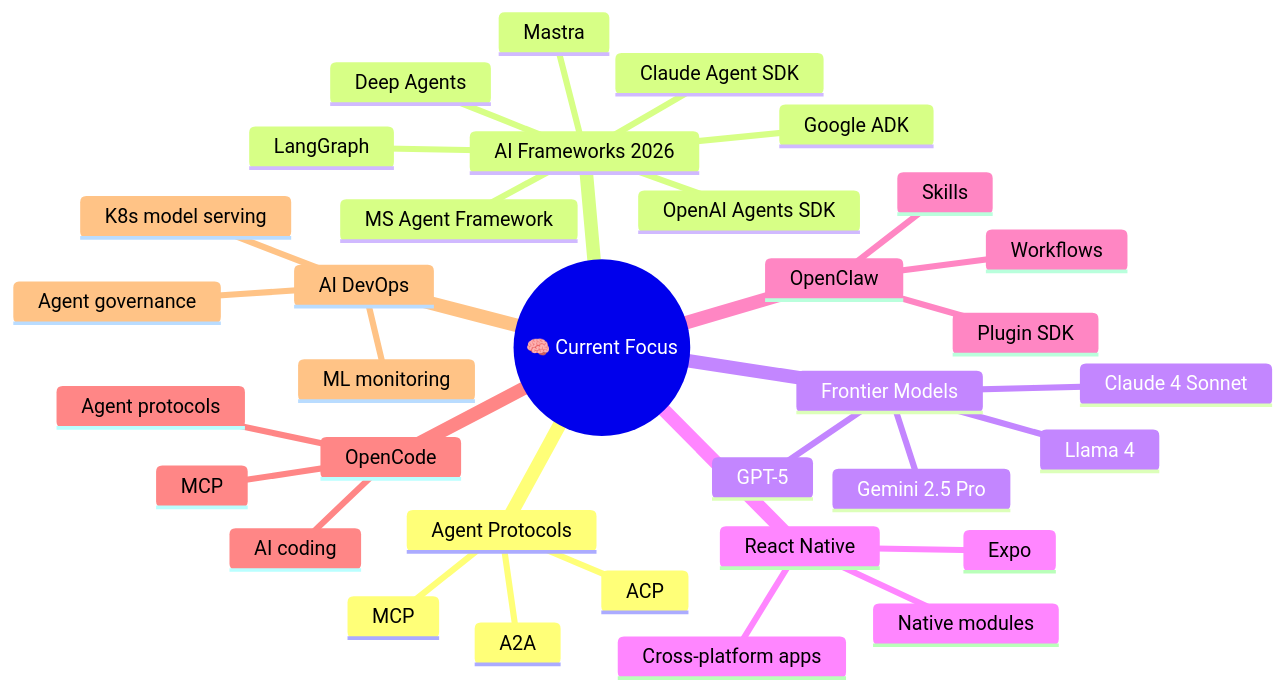
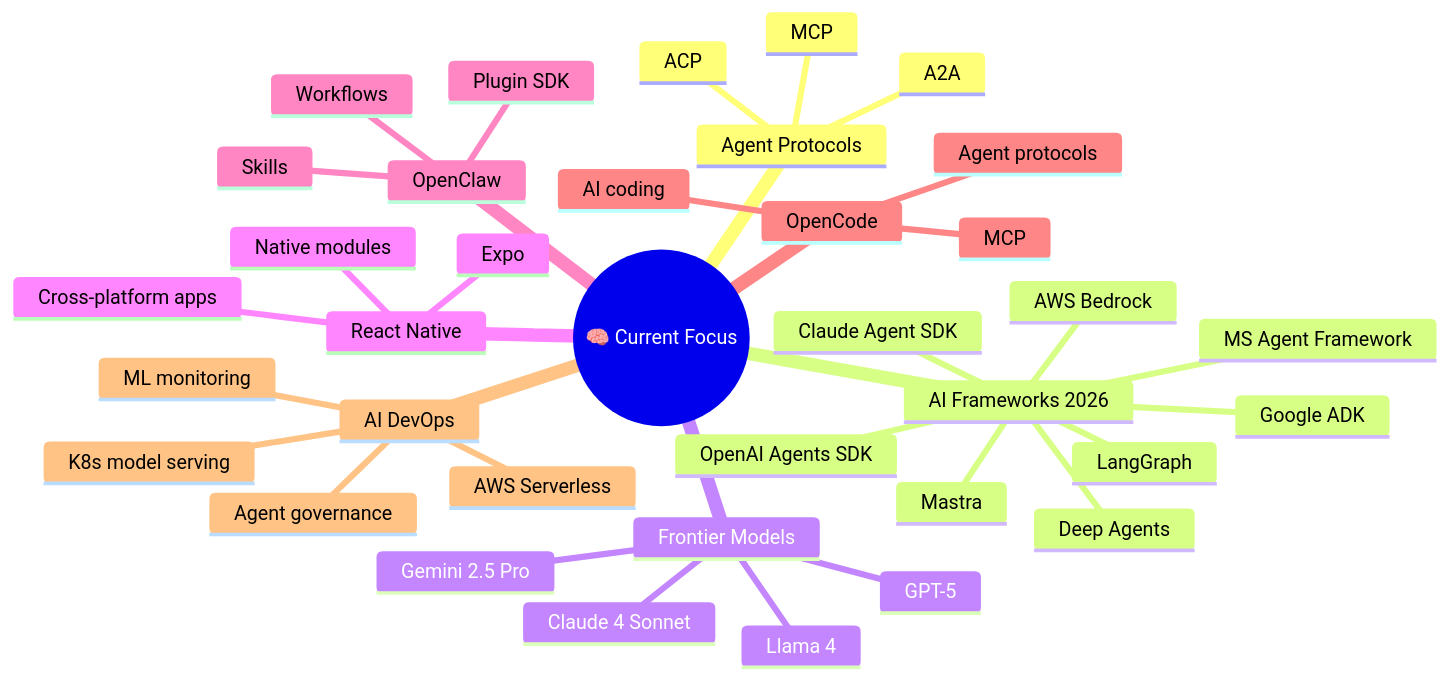
One commit to deb888/deb888 changed the third of 3 diagrams in README.md. Above: the diagram before and after it, drawn with Mermaid. The commit also changed other lines of this file and 1 other file, not shown here.

Commit message:
Add AWS Bedrock and AWS Serverless to competency matrix and profile

````diff
--- a/README.md
+++ b/README.md
@@ -367,37 +380,39 @@
 ```mermaid
 mindmap
   root((🧠 Current Focus))
     Agent Protocols
       MCP
       A2A
       ACP
     AI Frameworks 2026
       LangGraph
       Deep Agents
       Google ADK
       MS Agent Framework
       Mastra
+      AWS Bedrock
       OpenAI Agents SDK
       Claude Agent SDK
     Frontier Models
       Gemini 2.5 Pro
       Claude 4 Sonnet
       GPT-5
       Llama 4
     React Native
       Cross-platform apps
       Expo
       Native modules
     OpenClaw
       Skills
       Workflows
       Plugin SDK
     OpenCode
       AI coding
       Agent protocols
       MCP
     AI DevOps
       K8s model serving
+      AWS Serverless
       ML monitoring
       Agent governance
 ```
````
